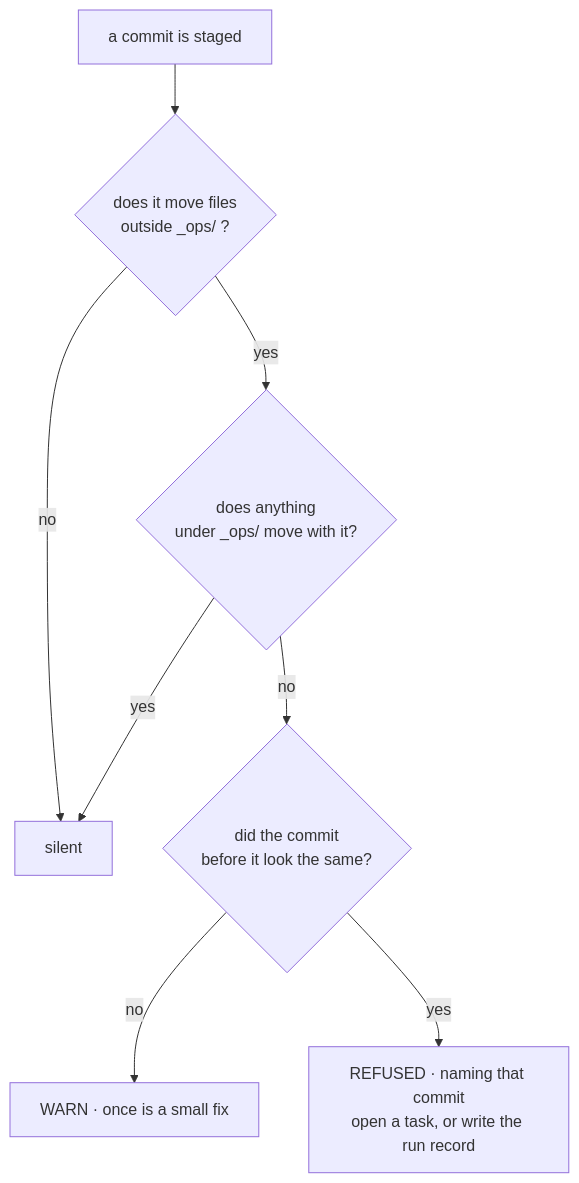
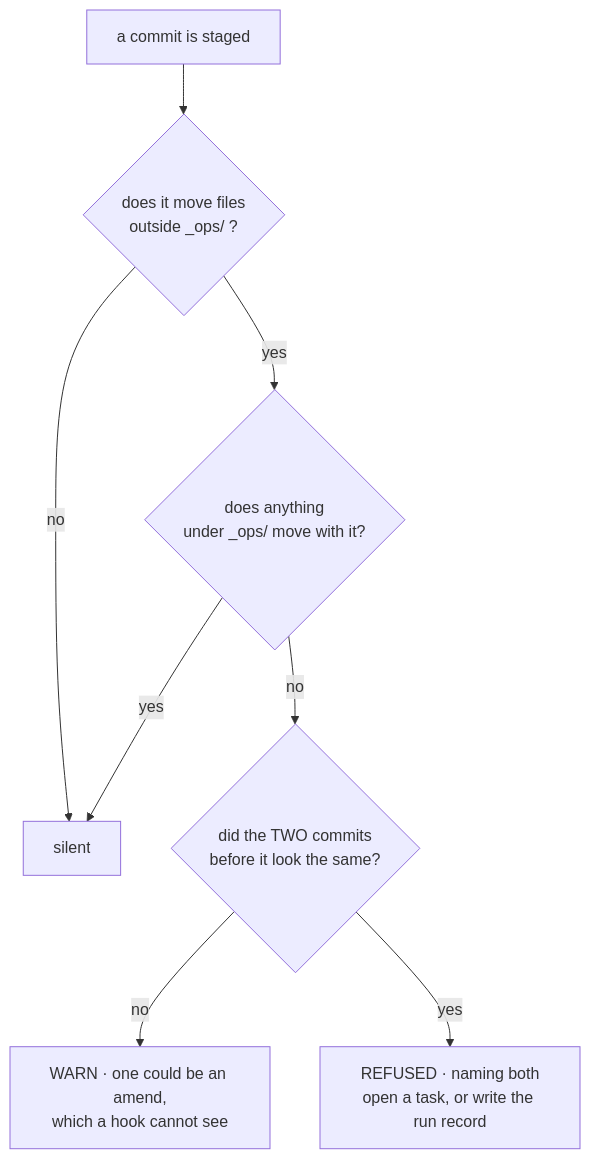
The diagram in permissions.md (jamillazarev/opsinist), drawn with Mermaid before and after one commit. The commit also changed other lines of this file and 21 other files, not shown here.

````diff
--- a/permissions.md
+++ b/permissions.md
@@ -41,10 +45,10 @@
 ```mermaid
 flowchart TD
   C[a commit is staged] --> P{does it move files<br/>outside _ops/ ?}
   P -- no --> OK[silent]
   P -- yes --> R{does anything<br/>under _ops/ move with it?}
   R -- yes --> OK
-  R -- no --> B{did the commit<br/>before it look the same?}
-  B -- no --> W[WARN · once is a small fix]
-  B -- yes --> F[REFUSED · naming that commit<br/>open a task, or write the run record]
+  R -- no --> B{did the TWO commits<br/>before it look the same?}
+  B -- no --> W[WARN · one could be an amend,<br/>which a hook cannot see]
+  B -- yes --> F[REFUSED · naming both<br/>open a task, or write the run record]
 ```
````
